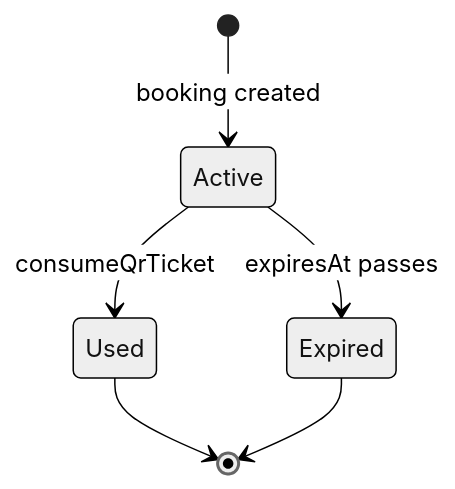
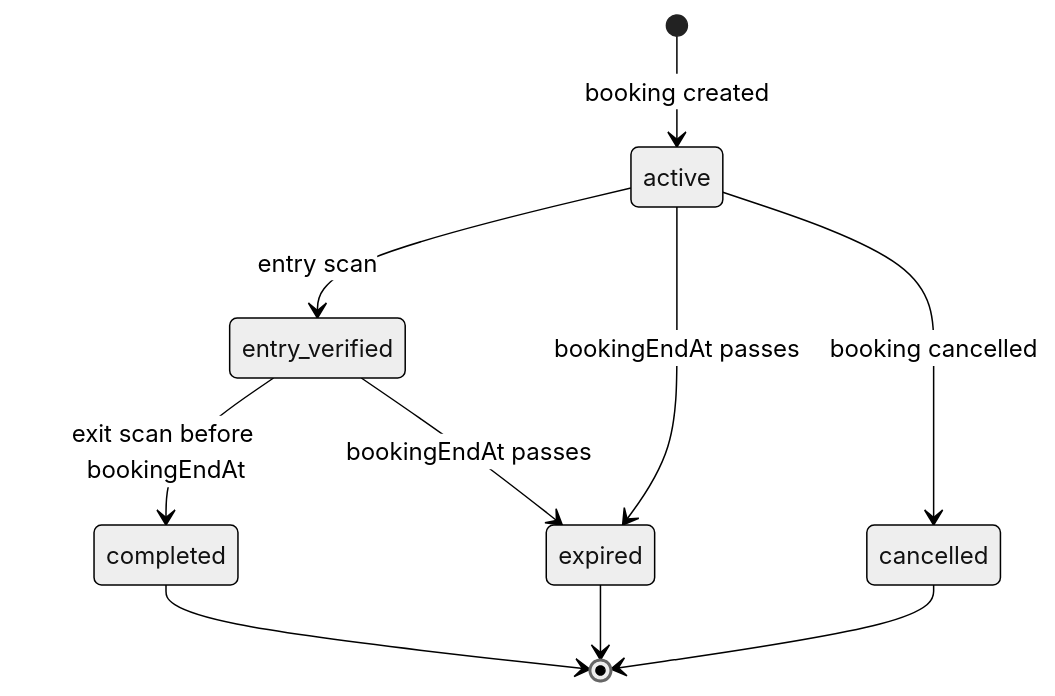
Before and after one commit to snehil-pandey/smart-parking-occupancy-system: the tenth of 15 diagrams in docs/ARCHITECTURE.md, drawn with Mermaid (neutral theme). The commit also changed other lines of this file and 5 other files, not shown here.

Commit message:
docs(user): document verified user app flow

````diff
--- a/docs/ARCHITECTURE.md
+++ b/docs/ARCHITECTURE.md
@@ -192,8 +192,12 @@
 ```mermaid
 stateDiagram-v2
-  [*] --> Active: booking created
-  Active --> Used: consumeQrTicket
-  Active --> Expired: expiresAt passes
-  Used --> [*]
-  Expired --> [*]
+  [*] --> active: booking created
+  active --> entry_verified: entry scan
+  entry_verified --> completed: exit scan before bookingEndAt
+  active --> expired: bookingEndAt passes
+  entry_verified --> expired: bookingEndAt passes
+  active --> cancelled: booking cancelled
+  completed --> [*]
+  expired --> [*]
+  cancelled --> [*]
 ```
````
